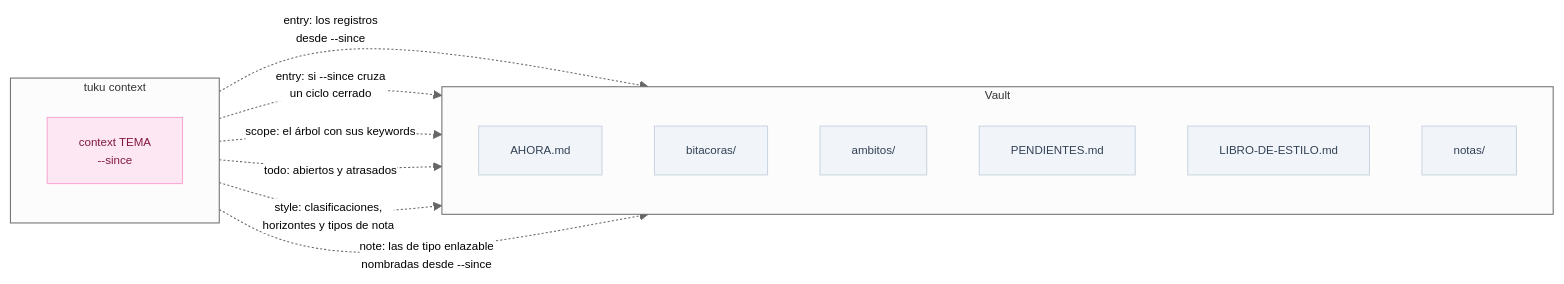
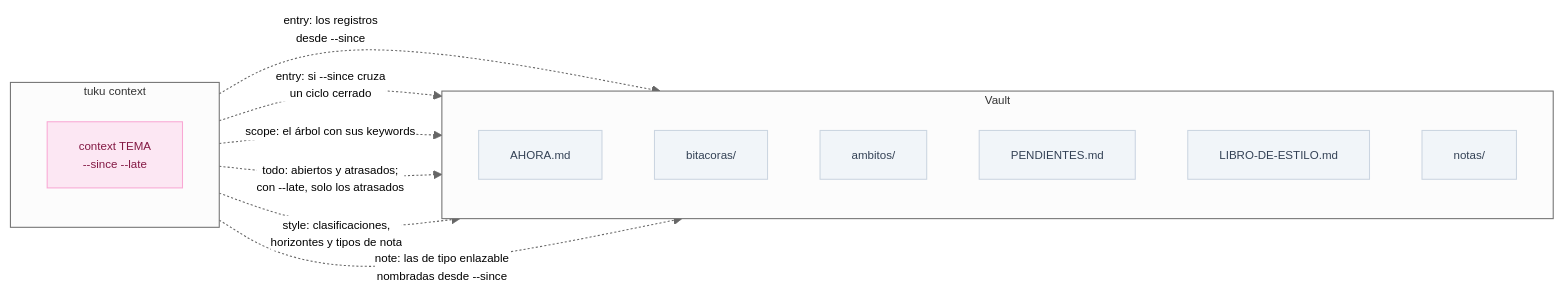
The seventh of 8 diagrams in spec/tuku.md (pewma-ai/tuku), drawn with Mermaid before and after one commit. The commit also changed other lines of this file and 10 other files, not shown here.

First line of the commit message:
feat(context): --late deja solo los pendientes atrasados

````diff
--- a/spec/tuku.md
+++ b/spec/tuku.md
@@ -292,29 +292,29 @@
 ```mermaid
 %%{init: {'flowchart': {'useMaxWidth': true}, 'theme': 'neutral', 'themeVariables': {'fontSize': '11px'}}}%%
 flowchart LR
     subgraph CMD["tuku context"]
         direction TB
-        CX["context TEMA<br/>--since"]
+        CX["context TEMA<br/>--since --late"]
     end
     subgraph VAULT["Vault"]
         direction TB
         AH["AHORA.md"]
         BI["bitacoras/"]
         AM["ambitos/"]
         PE["PENDIENTES.md"]
         LE["LIBRO-DE-ESTILO.md"]
         NO["notas/"]
     end
 
     CX -.->|"entry: los registros<br/>desde --since"| AH
     CX -.->|"entry: si --since cruza<br/>un ciclo cerrado"| BI
     CX -.->|"scope: el árbol con sus keywords"| AM
-    CX -.->|"todo: abiertos y atrasados"| PE
+    CX -.->|"todo: abiertos y atrasados;<br/>con --late, solo los atrasados"| PE
     CX -.->|"style: clasificaciones,<br/>horizontes y tipos de nota"| LE
     CX -.->|"note: las de tipo enlazable<br/>nombradas desde --since"| NO
 
     classDef revisa fill:#fce7f3,color:#831843,stroke:#f9a8d4
     classDef archivo fill:#f1f5f9,color:#334155,stroke:#cbd5e1
     class CX revisa
     class AH,BI,AM,PE,LE,NO archivo
 ```
````
